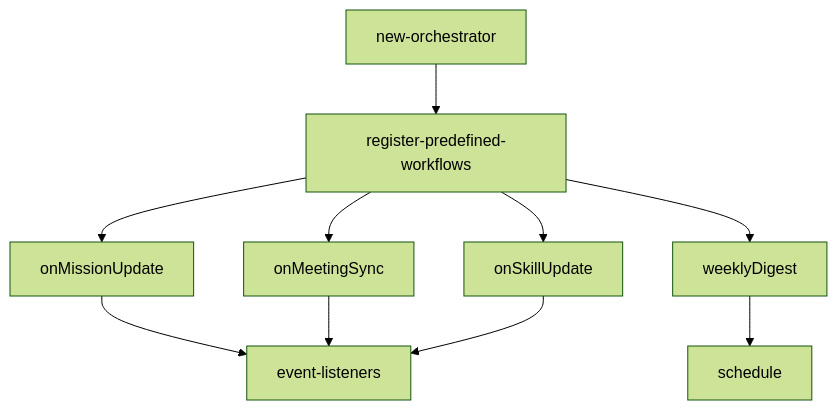
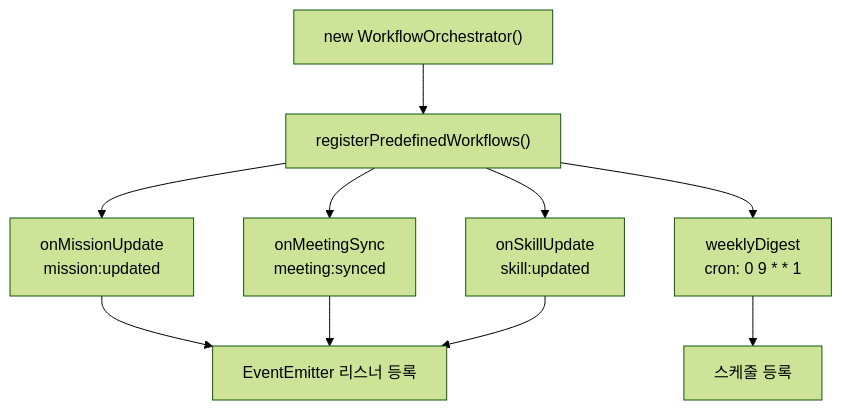
The fifth of 8 diagrams in 프로그램 흐름도.md (pandol69kim-bot/gitautopipe), drawn with Mermaid (forest theme) before and after one commit. The commit also changed other lines of this file and 5 other files, not shown here.

Commit message:
feat: Add new diagrams and update existing documentation for improved clarity and Mermaid compatibility

````diff
--- a/프로그램 흐름도.md
+++ b/프로그램 흐름도.md
@@ -141,20 +111,14 @@
 ```mermaid
-graph TD
-New[new-orchestrator]
-Register[register-predefined-workflows]
-W1[onMissionUpdate]
-W2[onMeetingSync]
-W3[onSkillUpdate]
-W4[weeklyDigest]
-EventMap[event-listeners]
-Schedule[schedule]
-New --> Register
-Register --> W1
-Register --> W2
-Register --> W3
-Register --> W4
-W1 --> EventMap
-W2 --> EventMap
-W3 --> EventMap
-W4 --> Schedule
+flowchart TB
+  New["new WorkflowOrchestrator()"] --> Register["registerPredefinedWorkflows()"]
+
+  Register --> W1["onMissionUpdate<br/>mission:updated"]
+  Register --> W2["onMeetingSync<br/>meeting:synced"]
+  Register --> W3["onSkillUpdate<br/>skill:updated"]
+  Register --> W4["weeklyDigest<br/>cron: 0 9 * * 1"]
+
+  W1 --> EventMap["EventEmitter 리스너 등록"]
+  W2 --> EventMap
+  W3 --> EventMap
+  W4 --> Schedule["스케줄 등록"]
 ```
````
